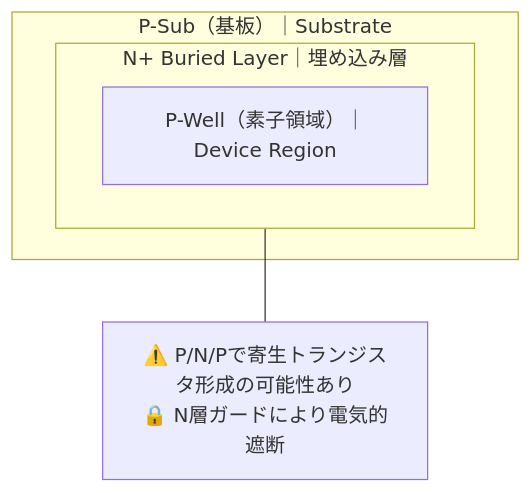
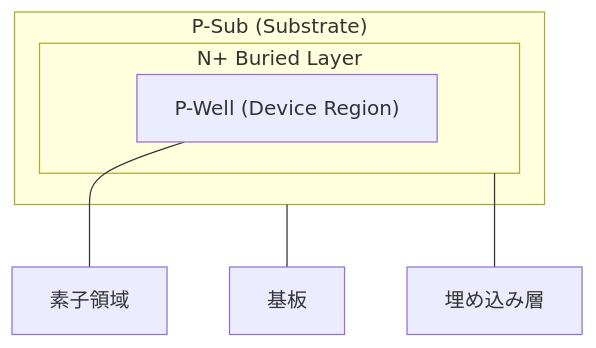
The first of 2 diagrams in d_chapter2_high_voltage_devices/junction_isolation.md (Samizo-AITL/Edusemi-v4x), drawn with Mermaid before and after one commit.

````diff
--- a/d_chapter2_high_voltage_devices/junction_isolation.md
+++ b/d_chapter2_high_voltage_devices/junction_isolation.md
@@ -35,10 +35,12 @@
 ```mermaid
 flowchart TB
-    subgraph PSub["P-Sub（基板）｜Substrate"]
-        subgraph NBL["N+ Buried Layer｜埋め込み層"]
-            PWell["P-Well（素子領域）｜Device Region"]
+    subgraph PSub["P-Sub (Substrate)"]
+        subgraph NBL["N+ Buried Layer"]
+            PWell["P-Well (Device Region)"]
         end
     end
 
-    NBL --- Note["⚠️ P/N/Pで寄生トランジスタ形成の可能性あり<br>🔒 N層ガードにより電気的遮断"]
+    PSub --- Note1["基板"]
+    NBL --- Note2["埋め込み層"]
+    PWell --- Note3["素子領域"]
 ```
````
